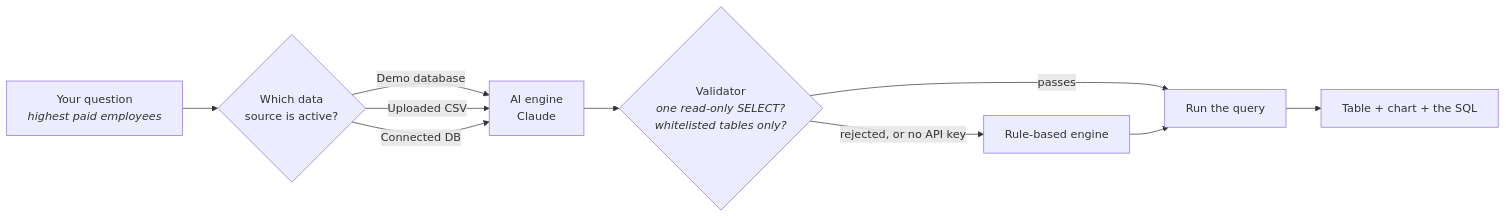
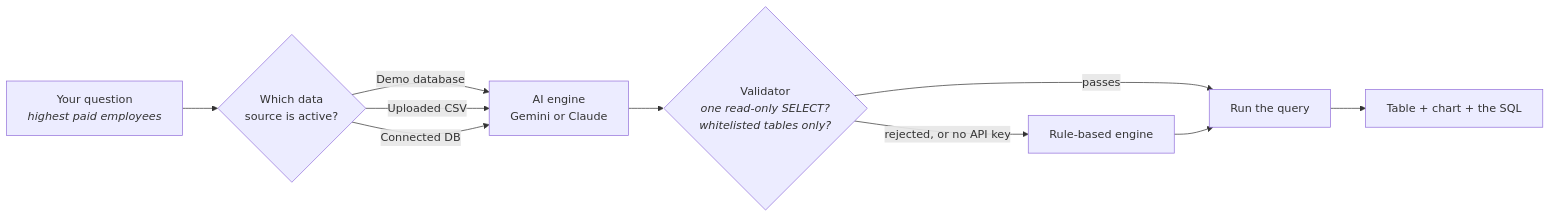
One commit to abdulhaseebofficial/query-assistant changed the diagram in README.md. Above: the diagram before and after it, drawn with Mermaid. The commit also changed other lines of this file and 10 other files, not shown here.

````diff
--- a/README.md
+++ b/README.md
@@ -74,15 +75,15 @@
 ```mermaid
 flowchart LR
     Q["Your question<br/><i>highest paid employees</i>"] --> R{"Which data<br/>source is active?"}
 
-    R -->|Demo database| A["AI engine<br/>Claude"]
+    R -->|Demo database| A["AI engine<br/>Gemini or Claude"]
     R -->|Uploaded CSV| A
     R -->|Connected DB| A
 
     A --> V{"Validator<br/><i>one read-only SELECT?<br/>whitelisted tables only?</i>"}
     V -->|passes| X["Run the query"]
     V -->|rejected, or no API key| F["Rule-based engine"]
     F --> X
 
     X --> O["Table + chart + the SQL"]
 ```
````
